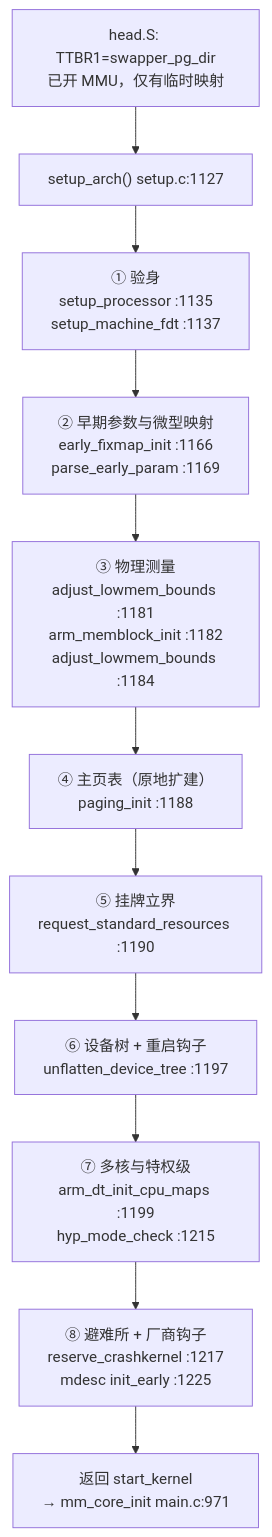
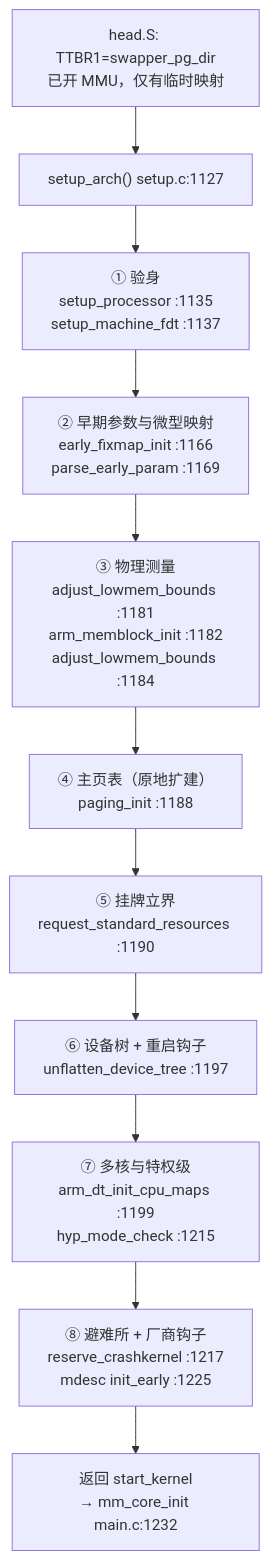
Before and after one commit to H-000-H/obsidian: the first of 3 diagrams in kernel/KERNEL SET_UP.md, drawn with Mermaid. The commit also changed other lines of this file and 15 other files, not shown here.

````diff
--- a/kernel/KERNEL SET_UP.md
+++ b/kernel/KERNEL SET_UP.md
@@ -54,13 +54,13 @@
 ```mermaid
 flowchart TD
     A["head.S: TTBR1=swapper_pg_dir<br/>已开 MMU，仅有临时映射"] --> B["setup_arch()  setup.c:1127"]
     B --> C["① 验身<br/>setup_processor :1135<br/>setup_machine_fdt :1137"]
     C --> D["② 早期参数与微型映射<br/>early_fixmap_init :1166<br/>parse_early_param :1169"]
     D --> E["③ 物理测量<br/>adjust_lowmem_bounds :1181<br/>arm_memblock_init :1182<br/>adjust_lowmem_bounds :1184"]
     E --> F["④ 主页表（原地扩建）<br/>paging_init :1188"]
     F --> G["⑤ 挂牌立界<br/>request_standard_resources :1190"]
     G --> H["⑥ 设备树 + 重启钩子<br/>unflatten_device_tree :1197"]
     H --> I["⑦ 多核与特权级<br/>arm_dt_init_cpu_maps :1199<br/>hyp_mode_check :1215"]
     I --> J["⑧ 避难所 + 厂商钩子<br/>reserve_crashkernel :1217<br/>mdesc init_early :1225"]
-    J --> K["返回 start_kernel<br/>→ mm_core_init main.c:971"]
+    J --> K["返回 start_kernel<br/>→ mm_core_init main.c:1232"]
 ```
````
